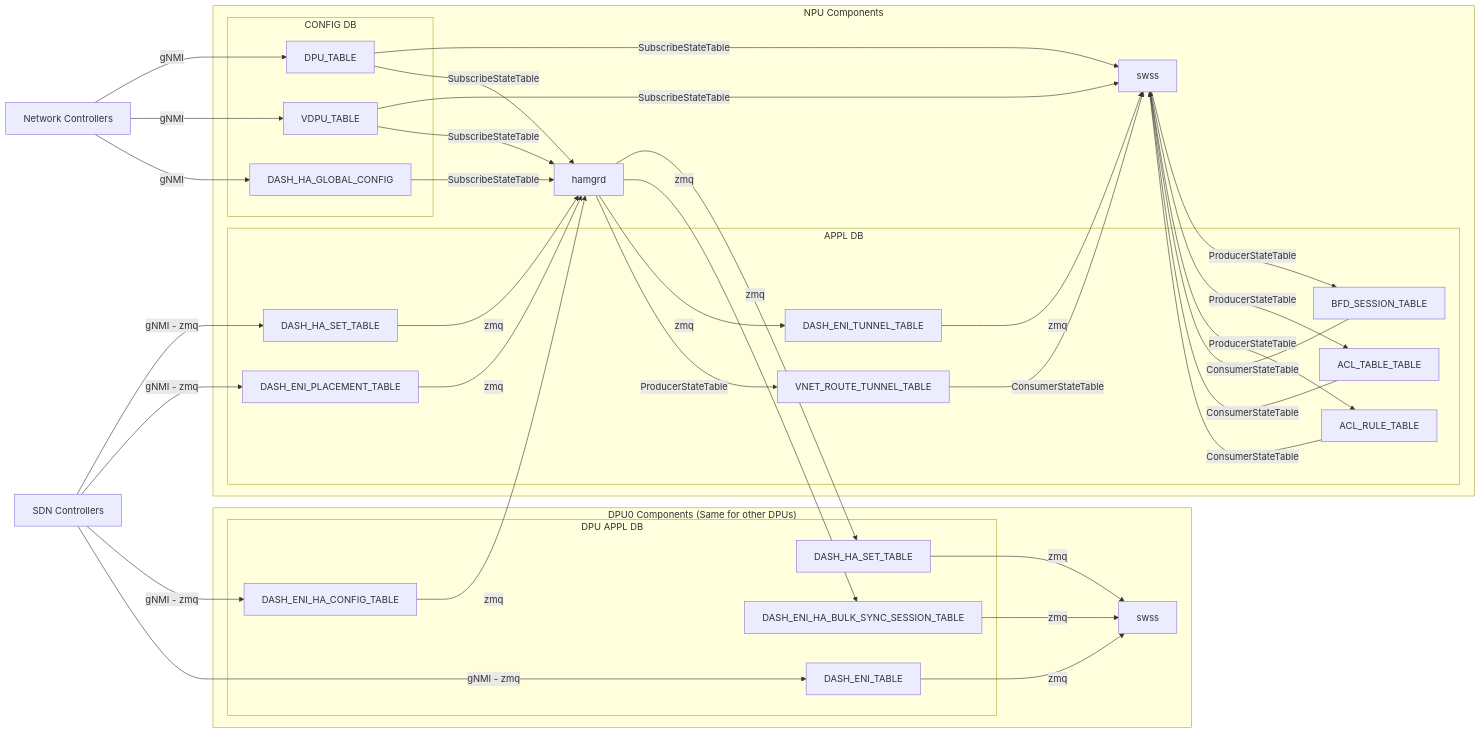
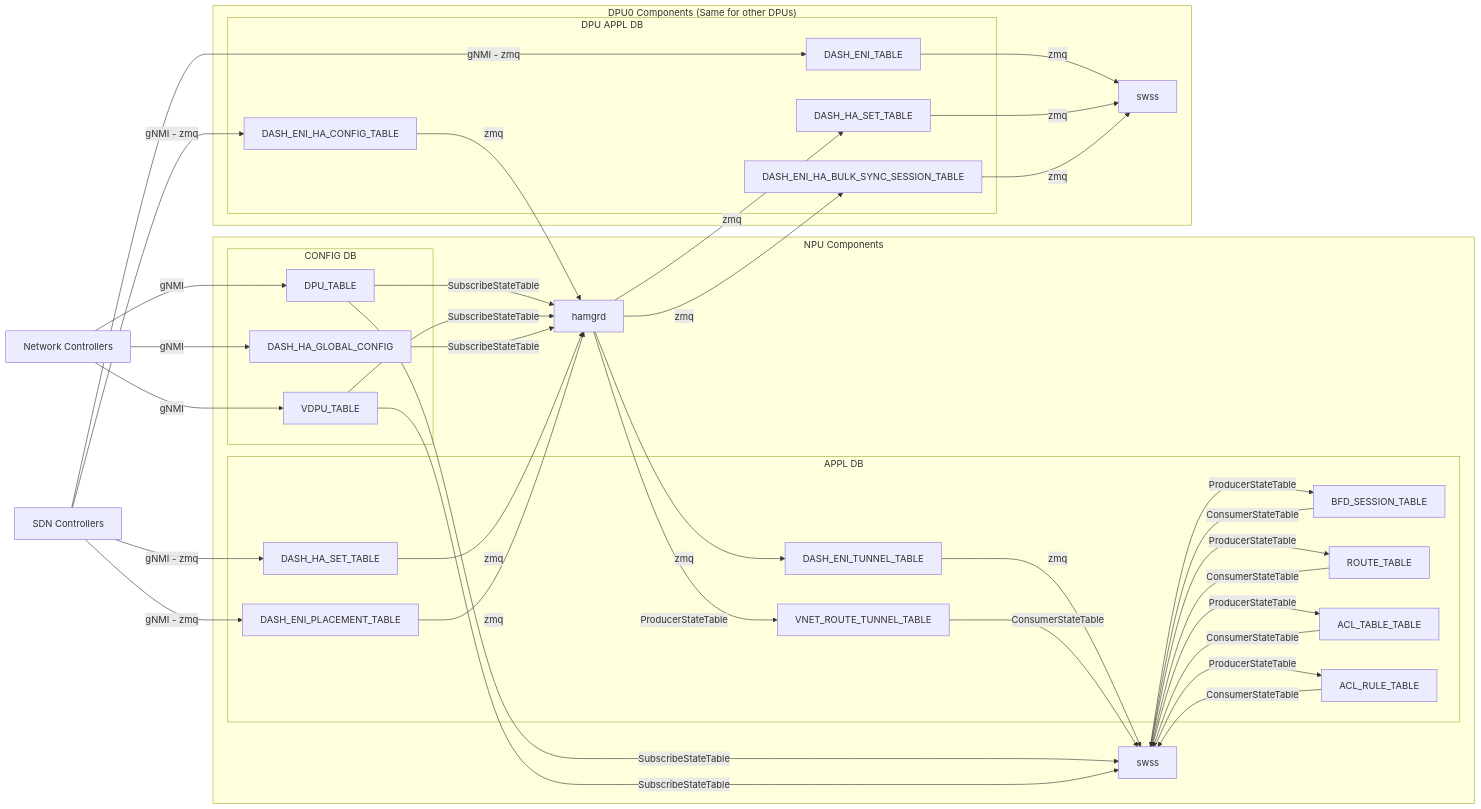
Before and after one commit to sonic-net/SONiC: the first of 2 diagrams in doc/smart-switch/high-availability/smart-switch-ha-detailed-design.md, drawn with Mermaid. The commit also changed other lines of this file, not shown here.

Commit message:
Temp checkin.

```diff
--- a/doc/smart-switch/high-availability/smart-switch-ha-detailed-design.md
+++ b/doc/smart-switch/high-availability/smart-switch-ha-detailed-design.md
@@ -82,11 +82,13 @@
       end
 
       subgraph APPL DB
+         NPU_DASH_ENI_TUNNEL_TABLE[DASH_ENI_TUNNEL_TABLE]
+         NPU_VNET_ROUTE_TUNNEL_TABLE[VNET_ROUTE_TUNNEL_TABLE]
+
          NPU_BFD_SESSION[BFD_SESSION_TABLE]
+         NPU_ROUTE[ROUTE_TABLE]
          NPU_ACL_TABLE[ACL_TABLE_TABLE]
          NPU_ACL_RULE[ACL_RULE_TABLE]
-         NPU_DASH_ENI_TUNNEL_TABLE[DASH_ENI_TUNNEL_TABLE]
-         NPU_VNET_ROUTE_TUNNEL_TABLE[VNET_ROUTE_TUNNEL_TABLE]
 
          NPU_DASH_HA_SET[DASH_HA_SET_TABLE]
          NPU_DASH_ENI_PLACEMENT[DASH_ENI_PLACEMENT_TABLE]
@@ -122,11 +124,13 @@
    NPU_DASH_ENI_TUNNEL_TABLE --> |zmq| NPU_SWSS
    NPU_VNET_ROUTE_TUNNEL_TABLE --> |ConsumerStateTable| NPU_SWSS
    NPU_BFD_SESSION --> |ConsumerStateTable| NPU_SWSS
+   NPU_ROUTE--> |ConsumerStateTable| NPU_SWSS
    NPU_ACL_TABLE --> |ConsumerStateTable| NPU_SWSS
    NPU_ACL_RULE --> |ConsumerStateTable| NPU_SWSS
 
    %% NPU side SWSS --> NPU tables:
    NPU_SWSS --> |ProducerStateTable| NPU_BFD_SESSION
+   NPU_SWSS --> |ProducerStateTable| NPU_ROUTE
    NPU_SWSS --> |ProducerStateTable| NPU_ACL_TABLE
    NPU_SWSS --> |ProducerStateTable| NPU_ACL_RULE
 
```
